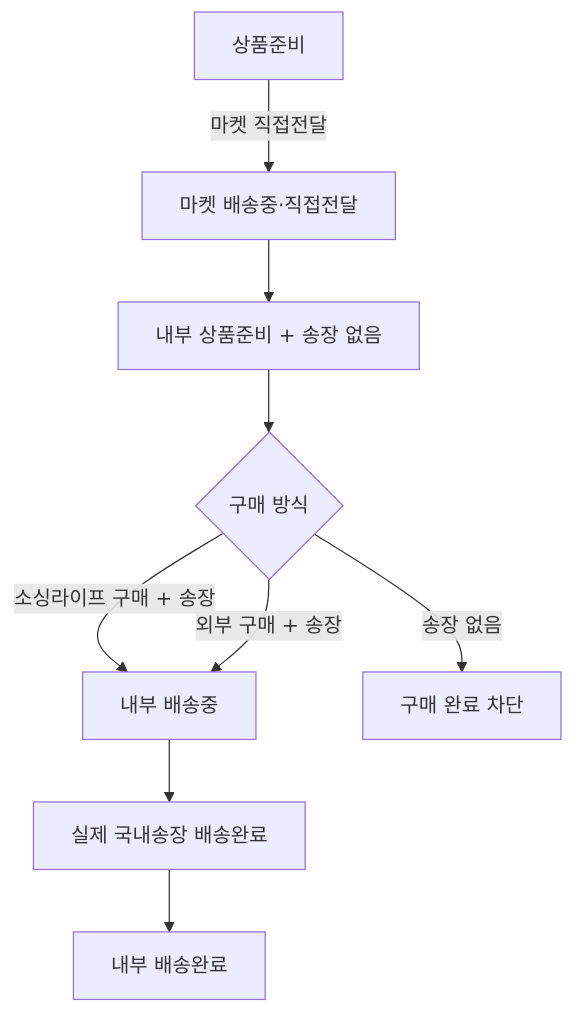
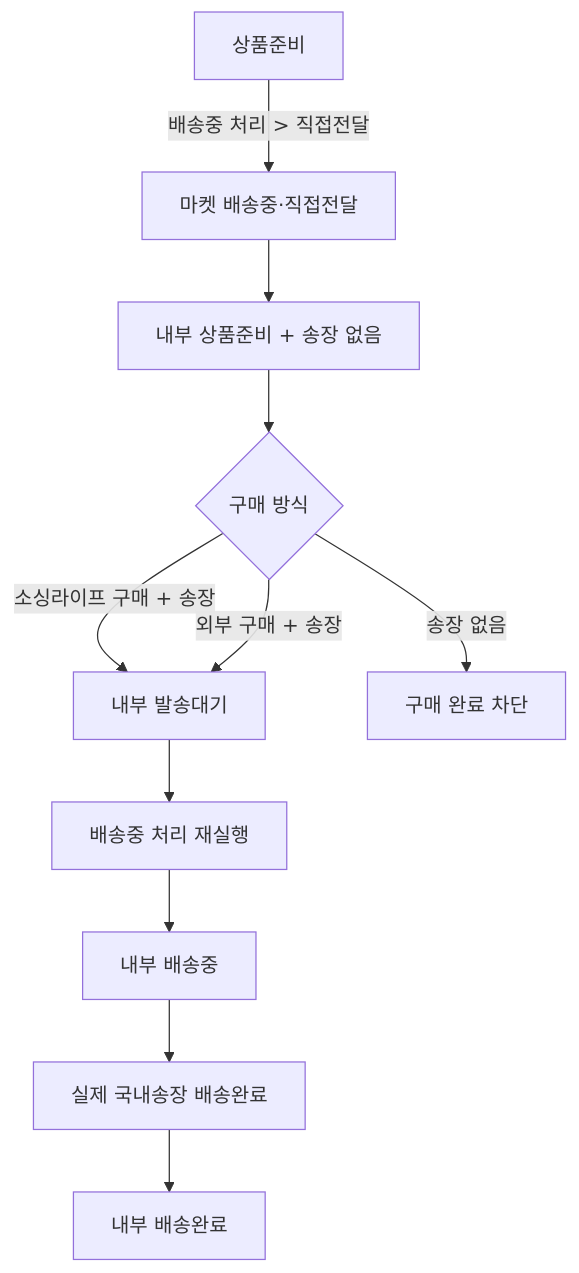
One commit to moonceo/Jmpp changed the third of 5 diagrams in docs/08_유저플로우/01_주문처리_유저플로우.md. Above: the diagram before and after it, drawn with Mermaid. The commit also changed other lines of this file and 334 other files, not shown here.

````diff
--- a/docs/08_유저플로우/01_주문처리_유저플로우.md
+++ b/docs/08_유저플로우/01_주문처리_유저플로우.md
@@ -71,11 +73,13 @@
 ```mermaid
 flowchart TD
-    A["상품준비"] -->|"마켓 직접전달"| B["마켓 배송중·직접전달"]
+    A["상품준비"] -->|"배송중 처리 > 직접전달"| B["마켓 배송중·직접전달"]
     B --> C["내부 상품준비 + 송장 없음"]
     C --> D{"구매 방식"}
-    D -->|"소싱라이프 구매 + 송장"| E["내부 배송중"]
+    D -->|"소싱라이프 구매 + 송장"| E["내부 발송대기"]
     D -->|"외부 구매 + 송장"| E
     D -->|"송장 없음"| F["구매 완료 차단"]
-    E --> G["실제 국내송장 배송완료"]
-    G --> H["내부 배송완료"]
+    E --> G["배송중 처리 재실행"]
+    G --> H["내부 배송중"]
+    H --> I["실제 국내송장 배송완료"]
+    I --> J["내부 배송완료"]
 ```
````
